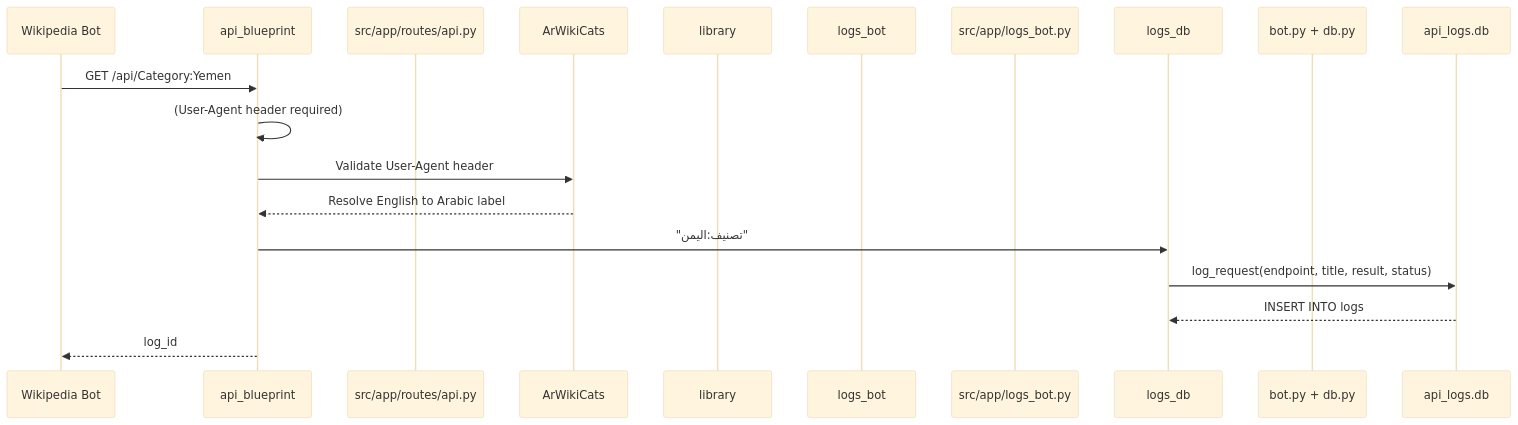
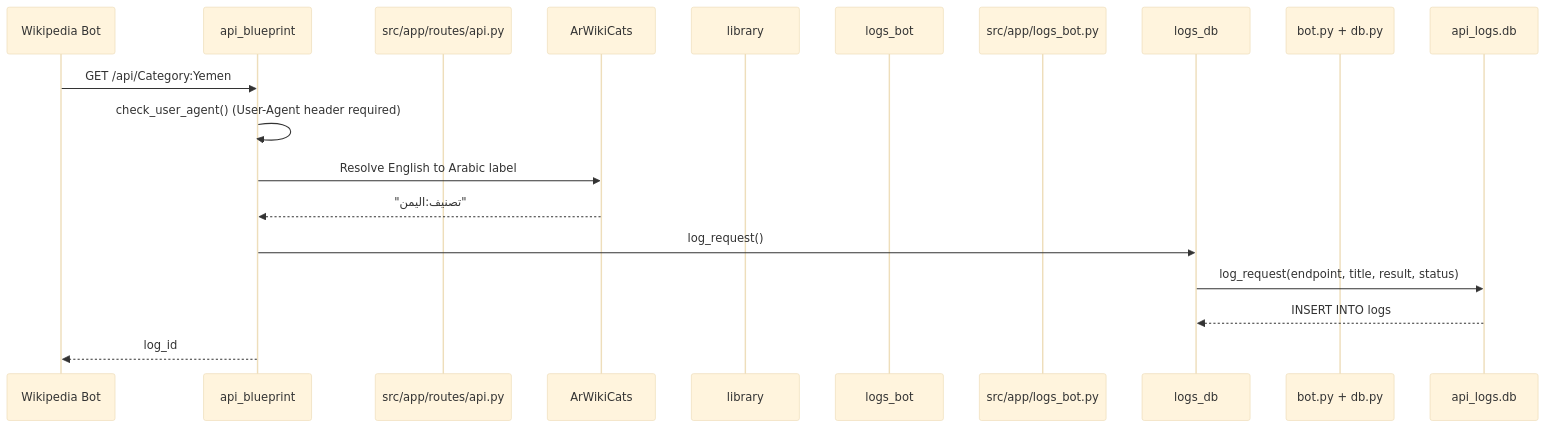
One commit to ArWikiCats/ArWikiCatsWeb changed the second of 4 diagrams in docs/0.Overview.md. Above: the diagram before and after it, drawn with Mermaid (base theme). The commit also changed other lines of this file and 10 other files, not shown here.

````diff
--- a/docs/0.Overview.md
+++ b/docs/0.Overview.md
@@ -158,22 +158,22 @@
 ```mermaid
 sequenceDiagram
   participant Wikipedia Bot
   participant api_blueprint
   participant src/app/routes/api.py
   participant ArWikiCats
   participant library
   participant logs_bot
   participant src/app/logs_bot.py
   participant logs_db
   participant bot.py + db.py
   participant api_logs.db
 
   Wikipedia Bot->>api_blueprint: GET /api/Category:Yemen
-  api_blueprint->>api_blueprint: (User-Agent header required)
-  api_blueprint->>ArWikiCats: Validate User-Agent header
-  ArWikiCats-->>api_blueprint: Resolve English to Arabic label
-  api_blueprint->>logs_db: "تصنيف:اليمن"
+  api_blueprint->>api_blueprint: check_user_agent() (User-Agent header required)
+  api_blueprint->>ArWikiCats: Resolve English to Arabic label
+  ArWikiCats-->>api_blueprint: "تصنيف:اليمن"
+  api_blueprint->>logs_db: log_request()
   logs_db->>api_logs.db: log_request(endpoint, title, result, status)
   api_logs.db-->>logs_db: INSERT INTO logs
   api_blueprint-->>Wikipedia Bot: log_id
 ```
````
